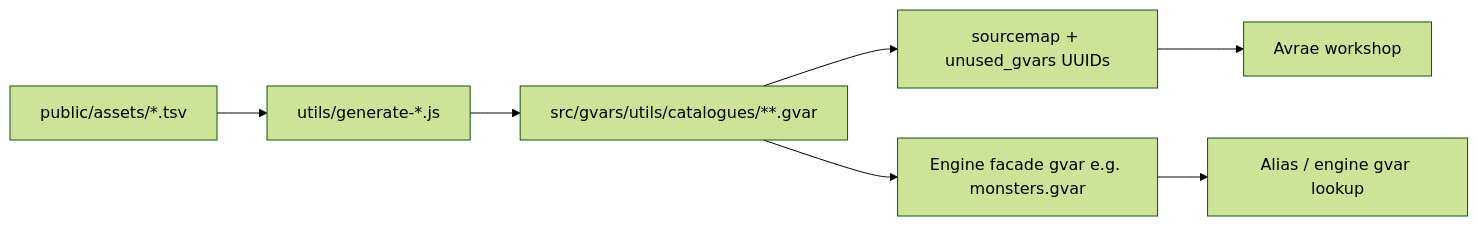
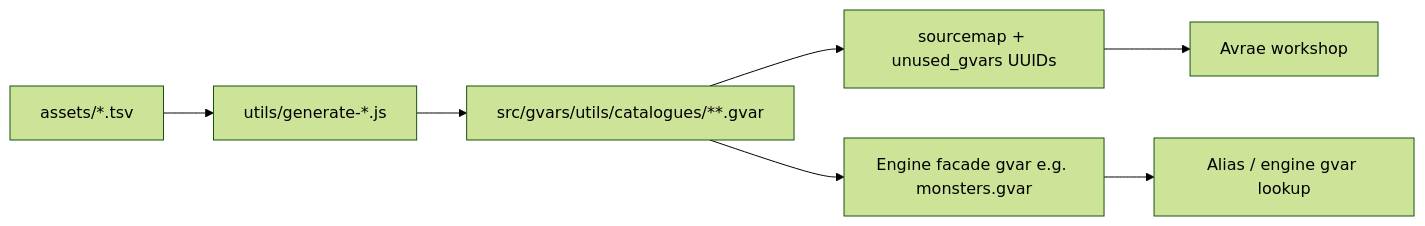
Before and after one commit to Sykander/westmarch-generic: the diagram in docs/internal/projects/westmarch-statement/content-pipeline.md, drawn with Mermaid (forest theme). The commit also changed other lines of this file and 48 other files, not shown here.

````diff
--- a/docs/internal/projects/westmarch-statement/content-pipeline.md
+++ b/docs/internal/projects/westmarch-statement/content-pipeline.md
@@ -25,13 +25,13 @@
 ```mermaid
 flowchart LR
-  TSV["public/assets/*.tsv"]
+  TSV["assets/*.tsv"]
   GEN["utils/generate-*.js"]
   SHARD["src/gvars/utils/catalogues/**.gvar"]
   SM["sourcemap + unused_gvars UUIDs"]
   WS["Avrae workshop"]
   FACADE["Engine facade gvar e.g. monsters.gvar"]
   ALIAS["Alias / engine gvar lookup"]
 
   TSV --> GEN --> SHARD --> SM --> WS
   SHARD --> FACADE --> ALIAS
 ```
````
